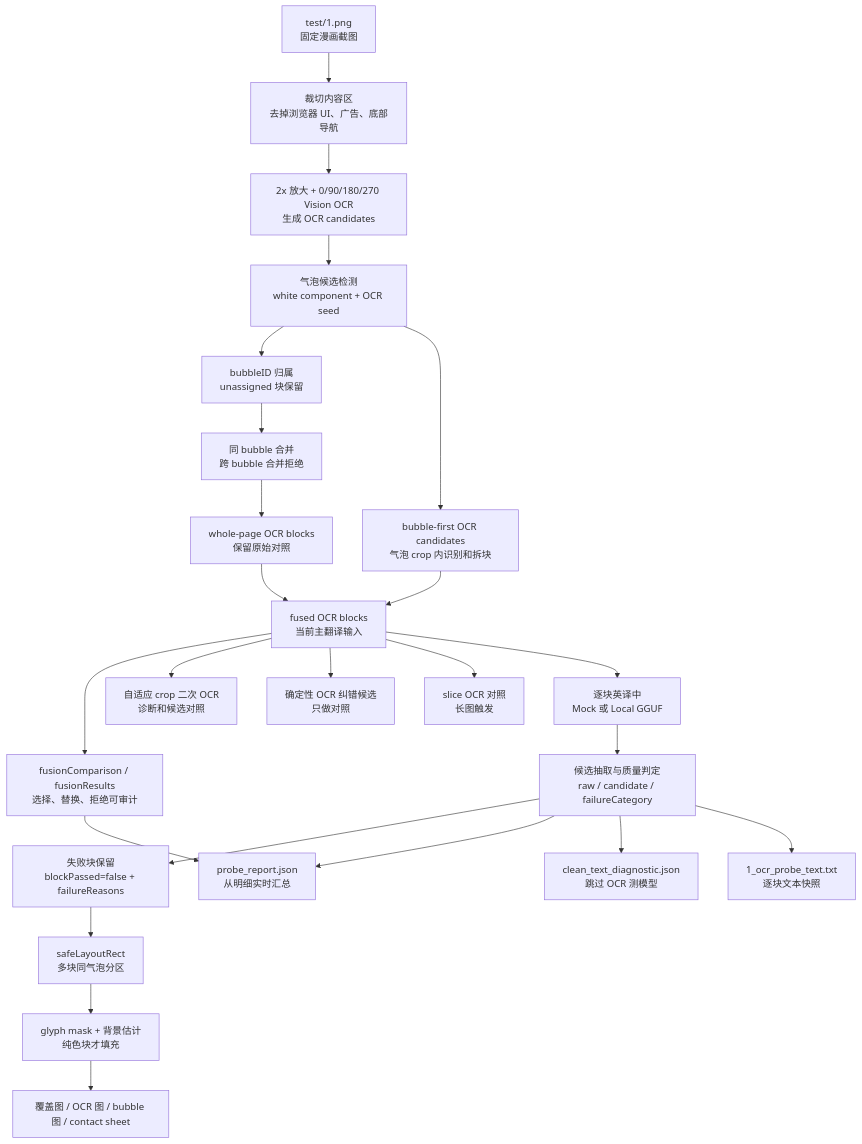
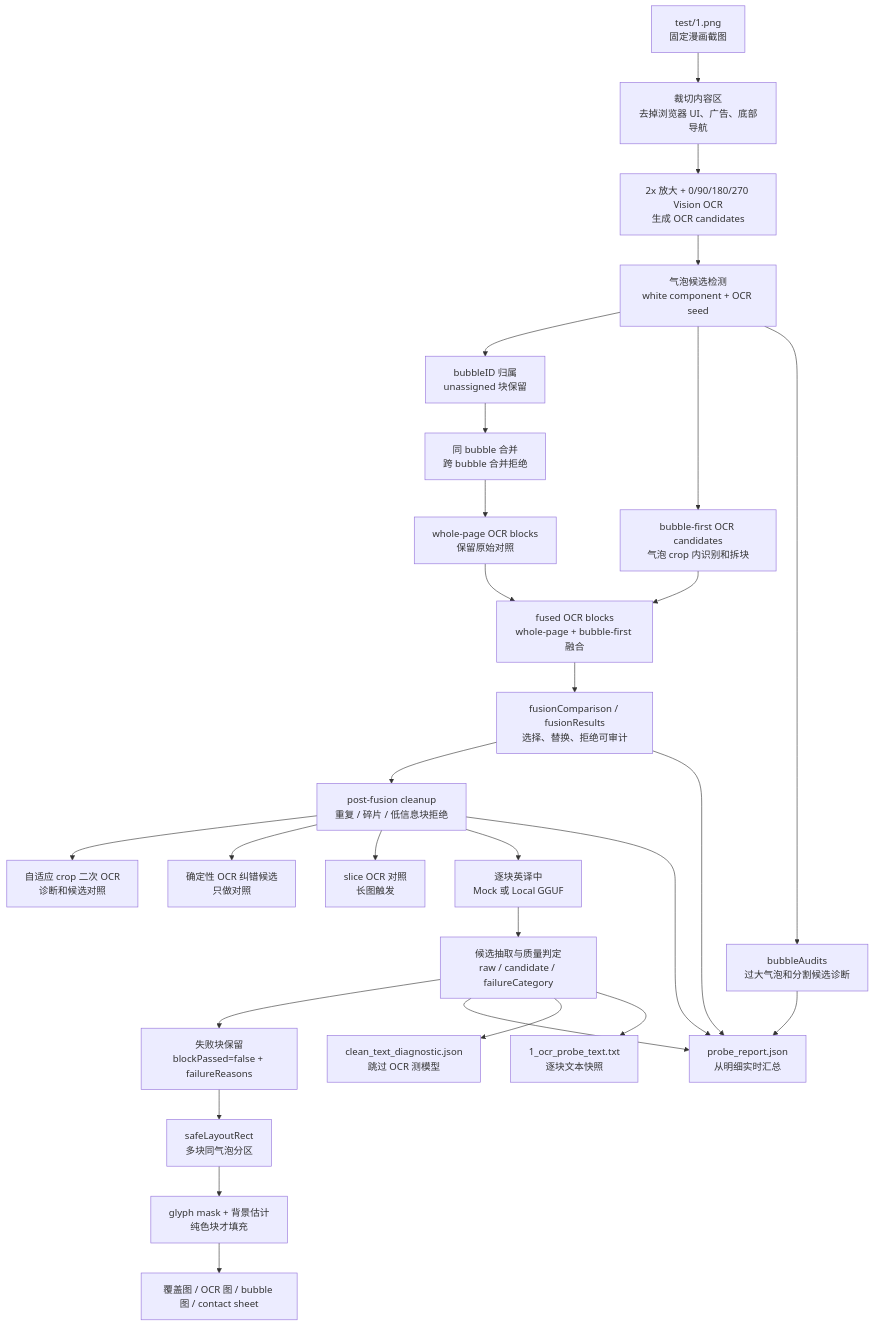
Before and after one commit to bengzhu/project1_lgbt_naxida: the second of 3 diagrams in md/flow/flowchart.md, drawn with Mermaid. The commit also changed 13 other files, not shown here.

````diff
--- a/md/flow/flowchart.md
+++ b/md/flow/flowchart.md
@@ -48,35 +48,39 @@
 ```mermaid
 flowchart TD
   %% 输入：固定 bundle 素材
   A["test/1.png<br/>固定漫画截图"] --> B["裁切内容区<br/>去掉浏览器 UI、广告、底部导航"]
 
   %% OCR：整页与气泡候选
   B --> C["2x 放大 + 0/90/180/270 Vision OCR<br/>生成 OCR candidates"]
   C --> D["气泡候选检测<br/>white component + OCR seed"]
   D --> E["bubbleID 归属<br/>unassigned 块保留"]
   E --> F["同 bubble 合并<br/>跨 bubble 合并拒绝"]
   F --> W["whole-page OCR blocks<br/>保留原始对照"]
   D --> J["bubble-first OCR candidates<br/>气泡 crop 内识别和拆块"]
-  W --> G["fused OCR blocks<br/>当前主翻译输入"]
+  W --> G["fused OCR blocks<br/>whole-page + bubble-first 融合"]
   J --> G
   G --> X["fusionComparison / fusionResults<br/>选择、替换、拒绝可审计"]
+  X --> Y["post-fusion cleanup<br/>重复 / 碎片 / 低信息块拒绝"]
+  D --> Z["bubbleAudits<br/>过大气泡和分割候选诊断"]
 
   %% 诊断旁路：不替代主流程
-  G --> H["自适应 crop 二次 OCR<br/>诊断和候选对照"]
-  G --> I["确定性 OCR 纠错候选<br/>只做对照"]
-  G --> K["slice OCR 对照<br/>长图触发"]
+  Y --> H["自适应 crop 二次 OCR<br/>诊断和候选对照"]
+  Y --> I["确定性 OCR 纠错候选<br/>只做对照"]
+  Y --> K["slice OCR 对照<br/>长图触发"]
 
   %% 翻译：逐块主路径
-  G --> L["逐块英译中<br/>Mock 或 Local GGUF"]
+  Y --> L["逐块英译中<br/>Mock 或 Local GGUF"]
   L --> M["候选抽取与质量判定<br/>raw / candidate / failureCategory"]
   M --> N["失败块保留<br/>blockPassed=false + failureReasons"]
 
   %% 报告和渲染
   N --> O["safeLayoutRect<br/>多块同气泡分区"]
   O --> P["glyph mask + 背景估计<br/>纯色块才填充"]
   P --> Q["覆盖图 / OCR 图 / bubble 图 / contact sheet"]
   M --> R["probe_report.json<br/>从明细实时汇总"]
   X --> R
+  Y --> R
+  Z --> R
   M --> S["clean_text_diagnostic.json<br/>跳过 OCR 测模型"]
   M --> T["1_ocr_probe_text.txt<br/>逐块文本快照"]
 ```
````
